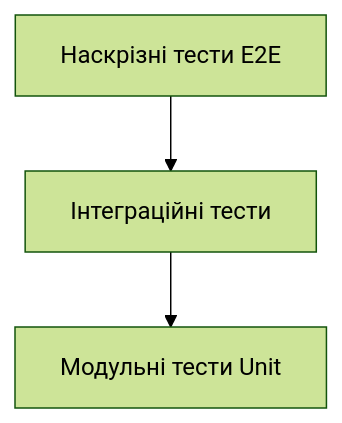
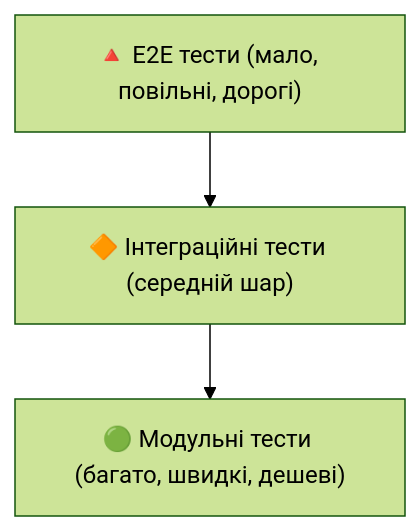
Before and after one commit to olroi421/course-devops: the first of 4 diagrams in presentations/presentation-09.md, drawn with Mermaid (forest theme). The commit also changed other lines of this file, not shown here.

````diff
--- a/presentations/presentation-09.md
+++ b/presentations/presentation-09.md
@@ -13,5 +20,9 @@
 ```mermaid
 graph TD
-    A[Наскрізні тести E2E] --> B[Інтеграційні тести]
-    B --> C[Модульні тести Unit]
+    A["🔺 E2E тести (мало, повільні, дорогі)"]
+    B["🔶 Інтеграційні тести (середній шар)"]
+    C["🟢 Модульні тести (багато, швидкі, дешеві)"]
+    A --> B
+    B --> C
+
 ```
````
